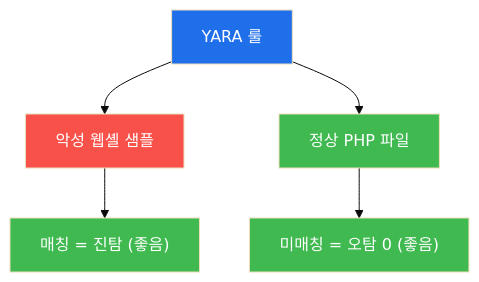
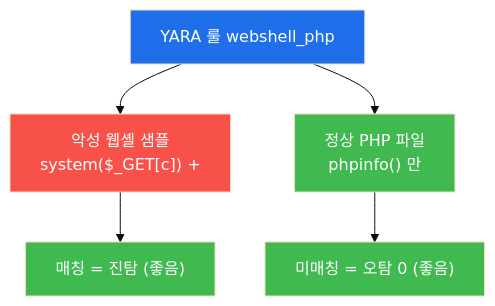
Before and after one commit to mrgrit/tw2: the third of 4 diagrams in contents/training/soc-adv/lecture_week04.md, drawn with Mermaid (base theme). The commit also changed other lines of this file, not shown here.

````diff
--- a/contents/training/soc-adv/lecture_week04.md
+++ b/contents/training/soc-adv/lecture_week04.md
@@ -106,15 +172,15 @@
 ```mermaid
 graph TD
-    RULE["YARA 룰"]
-    MAL["악성 웹셸 샘플"]
-    BEN["정상 PHP 파일"]
+    RULE["YARA 룰 webshell_php"]
+    MAL["악성 웹셸 샘플<br/>system($_GET[c]) + <?php"]
+    BEN["정상 PHP 파일<br/>phpinfo() 만"]
     RULE --> MAL
     RULE --> BEN
     MAL --> TP["매칭 = 진탐 (좋음)"]
     BEN --> FP0["미매칭 = 오탐 0 (좋음)"]
     style RULE fill:#1f6feb,color:#fff
     style MAL fill:#f85149,color:#fff
     style BEN fill:#3fb950,color:#fff
     style TP fill:#3fb950,color:#fff
     style FP0 fill:#3fb950,color:#fff
 ```
````
